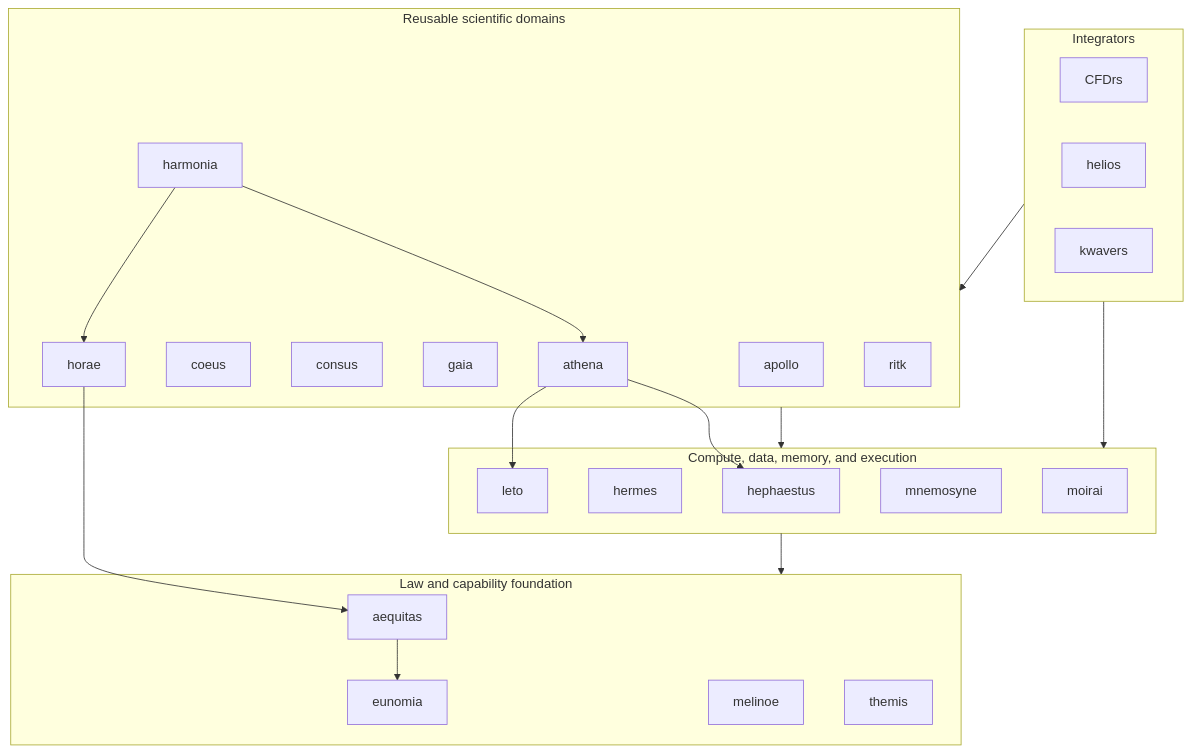
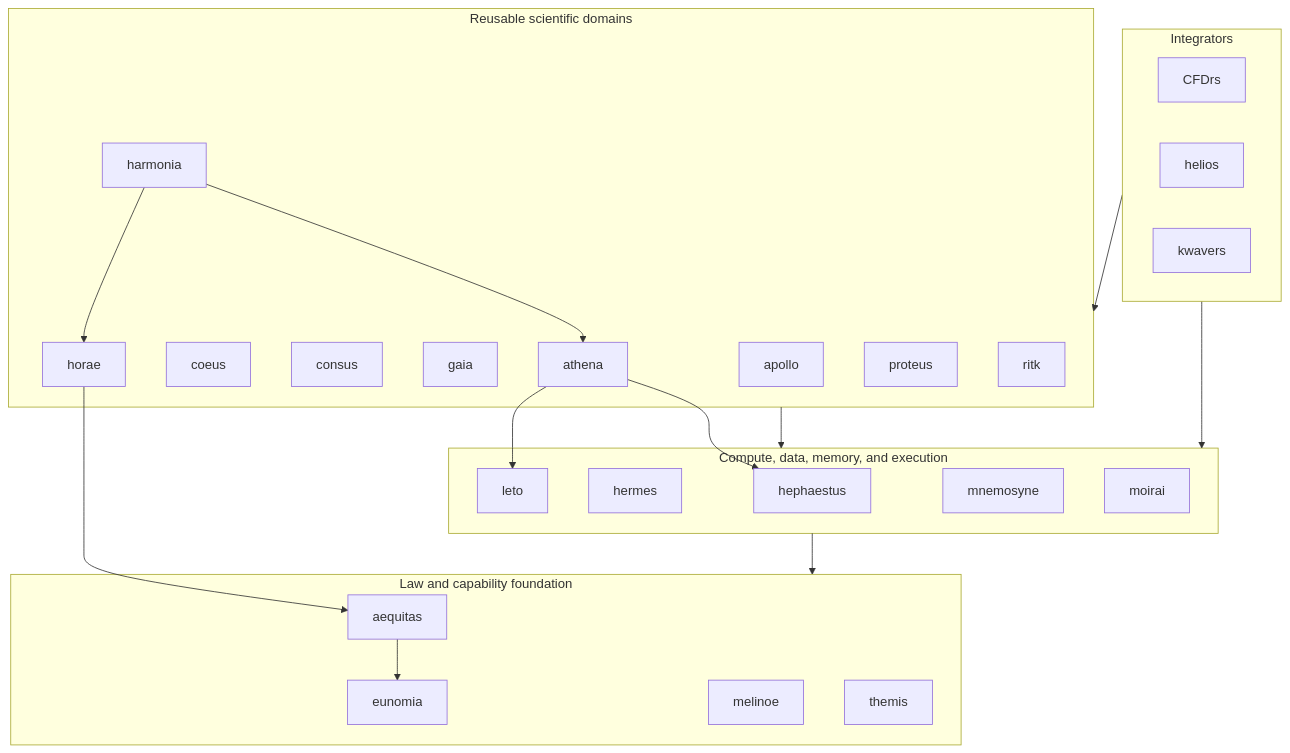
Before and after one commit to ryancinsight/atlas: the diagram in README.md, drawn with Mermaid. The commit also changed other lines of this file, not shown here.

First line of the commit message:
docs(atlas): Promote proteus from candidate to stack

````diff
--- a/README.md
+++ b/README.md
@@ -75,45 +76,46 @@
 ```mermaid
 flowchart TB
     subgraph Integrators
         CFDrs
         helios
         kwavers
     end
 
     subgraph Domains["Reusable scientific domains"]
         apollo
         coeus
         consus
         gaia
         harmonia
         horae
         athena
+        proteus
         ritk
     end
 
     subgraph Compute["Compute, data, memory, and execution"]
         hephaestus
         hermes
         leto
         mnemosyne
         moirai
     end
 
     subgraph Foundation["Law and capability foundation"]
         aequitas
         eunomia
         melinoe
         themis
     end
 
     Integrators --> Domains
     Integrators --> Compute
     Domains --> Compute
     Compute --> Foundation
     aequitas --> eunomia
     horae --> aequitas
     athena --> leto
     athena --> hephaestus
     harmonia --> horae
     harmonia --> athena
 ```
````
